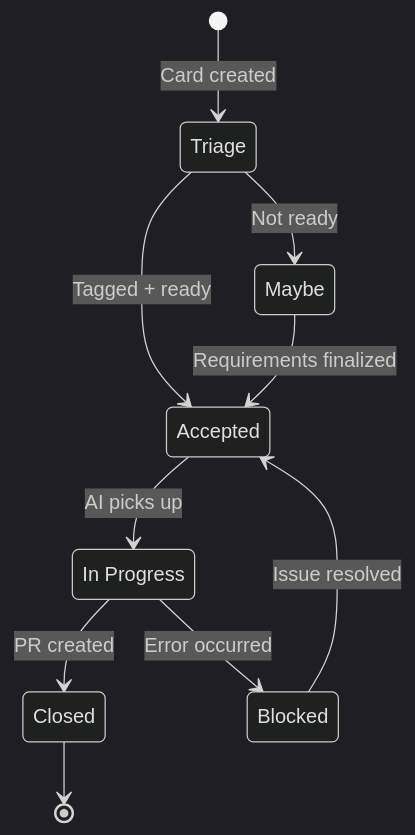
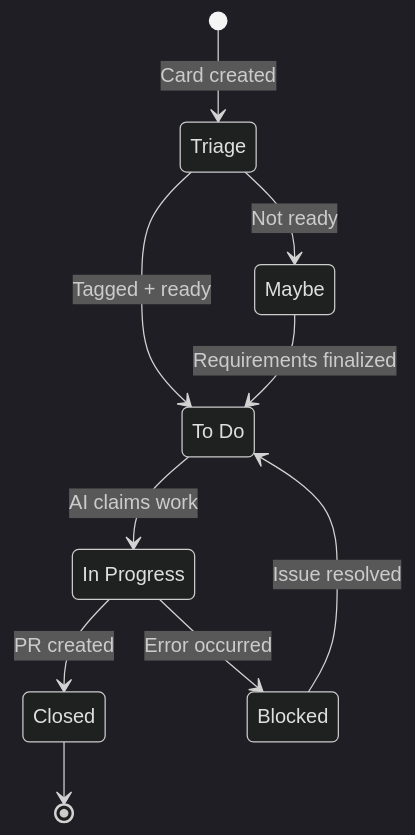
The second of 2 diagrams in docs/vibe-coding/columns.md (ryanyogan/fizzy-do-mcp), drawn with Mermaid (dark theme) before and after one commit. The commit also changed other lines of this file and 9 other files, not shown here.

First line of the commit message:
docs: update documentation for new pending work architecture and fizzy.do styling

````diff
--- a/docs/vibe-coding/columns.md
+++ b/docs/vibe-coding/columns.md
@@ -71,16 +75,17 @@
 ```mermaid
 stateDiagram-v2
     [*] --> Triage: Card created
     Triage --> Maybe: Not ready
-    Triage --> Accepted: Tagged + ready
-    Maybe --> Accepted: Requirements finalized
-    
-    Accepted --> InProgress: AI picks up
+    Triage --> ToDo: Tagged + ready
+    Maybe --> ToDo: Requirements finalized
+
+    ToDo --> InProgress: AI claims work
     InProgress --> Closed: PR created
     InProgress --> Blocked: Error occurred
-    
-    Blocked --> Accepted: Issue resolved
+
+    Blocked --> ToDo: Issue resolved
     Closed --> [*]
-    
+
+    state "To Do" as ToDo
     state "In Progress" as InProgress
 ```
````
